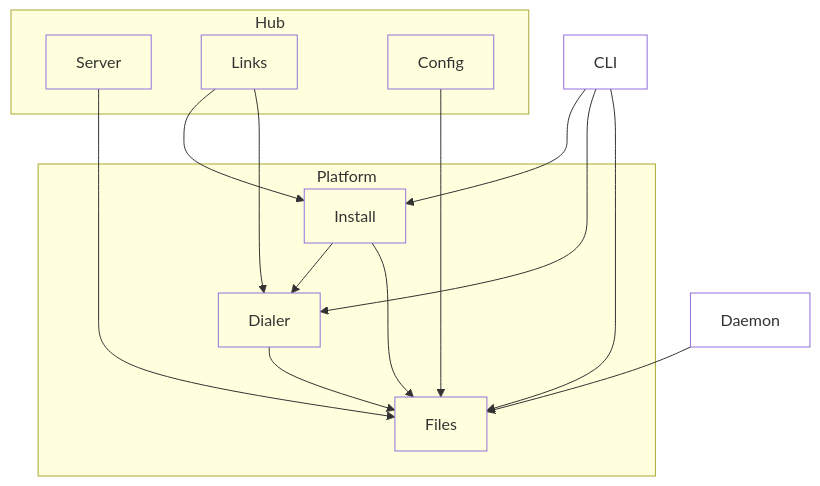
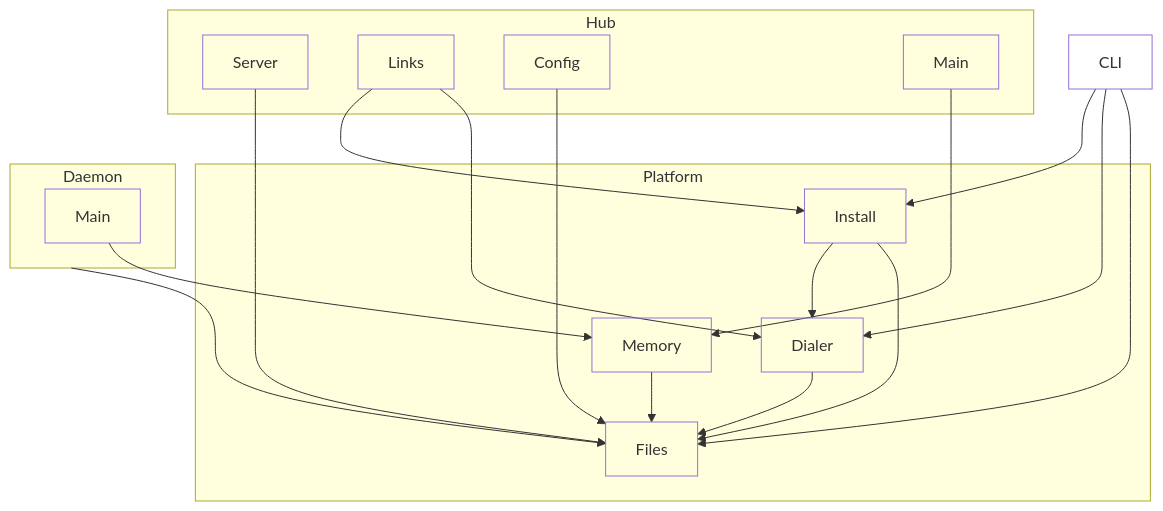
Before and after one commit to MotleyAI/worktree-term: the diagram in architecture/typescript.platform.arc42.md, drawn with Mermaid. The commit also changed other lines of this file and 27 other files, not shown here.

Commit message:
DEV-2161 implement: per-component memory logs of daemon and hub

````diff
--- a/architecture/typescript.platform.arc42.md
+++ b/architecture/typescript.platform.arc42.md
@@ -12,29 +12,36 @@
 ```mermaid
 flowchart TD
   %% platform: Platform
   subgraph platform["Platform"]
     platform__files["Files"]
     platform__dialer["Dialer"]
     platform__install["Install"]
+    platform__memory["Memory"]
   end
-  daemon["Daemon"]
+  subgraph daemon["Daemon"]
+    daemon__main["Main"]
+  end
   subgraph hub["Hub"]
     hub__server["Server"]
     hub__links["Links"]
     hub__config["Config"]
+    hub__main["Main"]
   end
   cli["CLI"]
   platform__dialer --> platform__files
   platform__install --> platform__files
   platform__install --> platform__dialer
+  platform__memory --> platform__files
   daemon --> platform__files
+  daemon__main --> platform__memory
   hub__server --> platform__files
   hub__config --> platform__files
   hub__links --> platform__dialer
   hub__links --> platform__install
+  hub__main --> platform__memory
   cli --> platform__files
   cli --> platform__dialer
   cli --> platform__install
   classDef leaf fill:none;
-  class platform__files,platform__dialer,platform__install,daemon,hub__server,hub__links,hub__config,cli leaf;
+  class platform__files,platform__dialer,platform__install,platform__memory,daemon__main,hub__server,hub__links,hub__config,hub__main,cli leaf;
 ```
````
